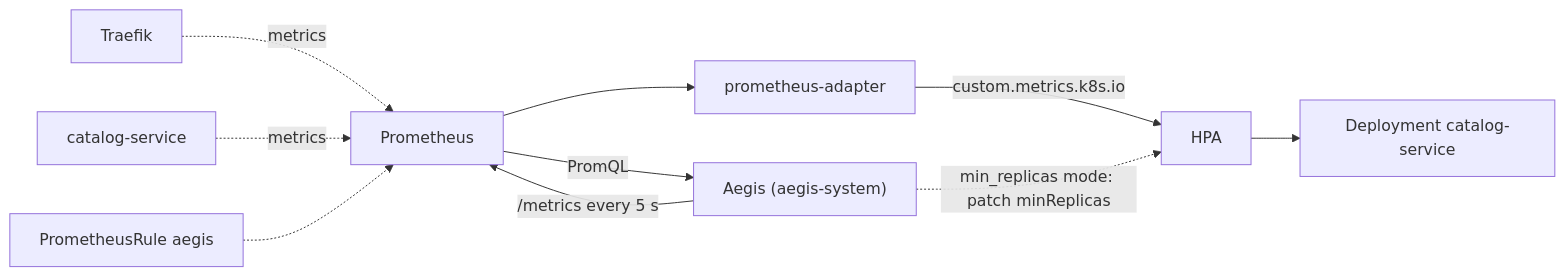
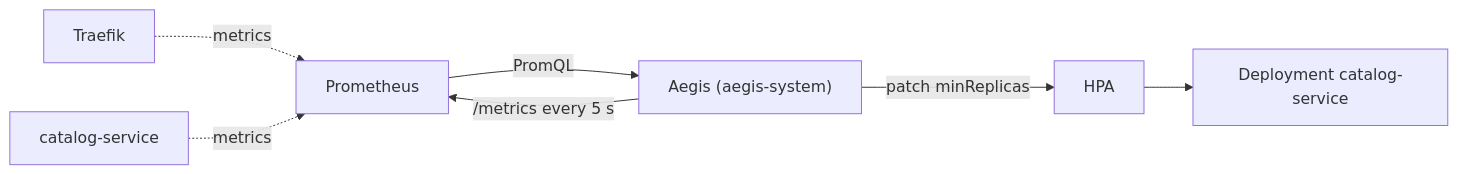
Before and after one commit to xDiegoAGG/Aegis: the diagram in docs/deployment.md, drawn with Mermaid. The commit also changed other lines of this file and 6 other files, not shown here.

````diff
--- a/docs/deployment.md
+++ b/docs/deployment.md
@@ -28,12 +23,9 @@
 ```mermaid
 flowchart LR
     traefik["Traefik"] -. metrics .-> prom["Prometheus"]
     pods["catalog-service"] -. metrics .-> prom
     prom -->|PromQL| aegis["Aegis (aegis-system)"]
     aegis -->|"/metrics every 5 s"| prom
-    prom --> adapter["prometheus-adapter"]
-    adapter -->|"custom.metrics.k8s.io"| hpa["HPA"]
-    aegis -.->|"min_replicas mode: patch minReplicas"| hpa
+    aegis -->|"patch minReplicas"| hpa["HPA"]
     hpa --> deploy["Deployment catalog-service"]
-    rules["PrometheusRule aegis"] -.-> prom
 ```
````
